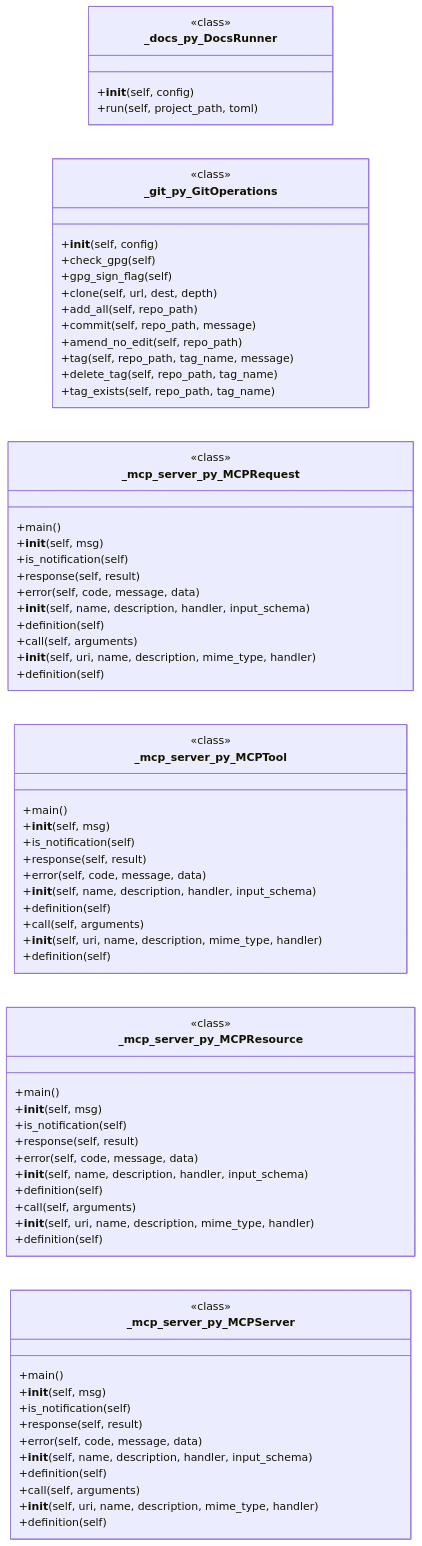
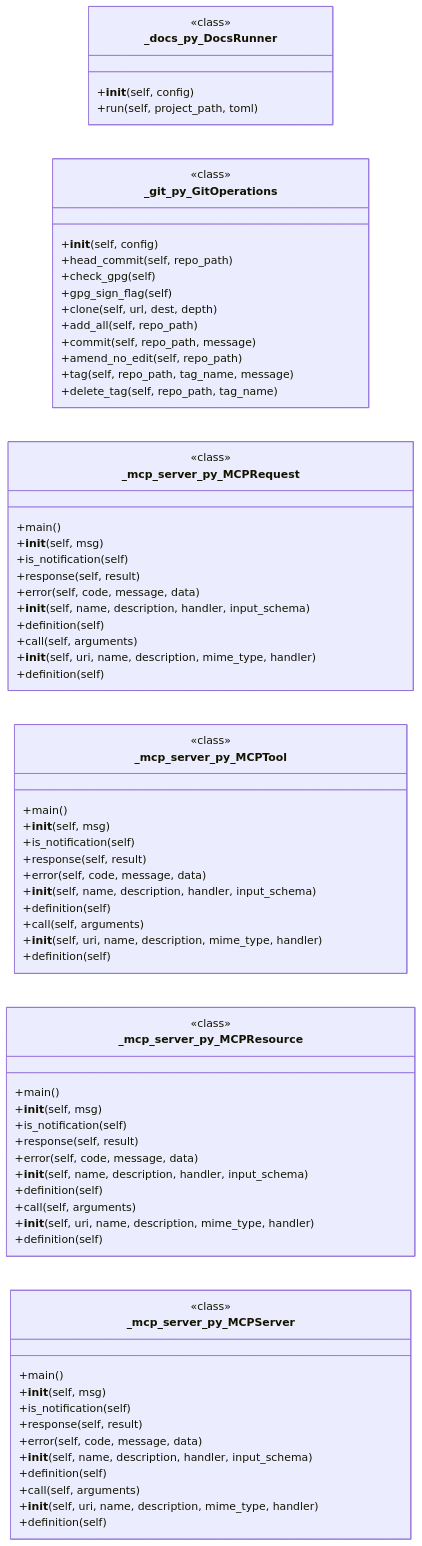
Before and after one commit to grisuno/deploynator: diagram 12 of 19 in readmenator-maps/md/KNOWLEDGE_BASE.md, drawn with Mermaid. The commit also changed other lines of this file and 137 other files, not shown here.

````diff
--- a/readmenator-maps/md/KNOWLEDGE_BASE.md
+++ b/readmenator-maps/md/KNOWLEDGE_BASE.md
@@ -1437,74 +1448,74 @@
 ```mermaid
 classDiagram
   direction LR
   class _docs_py_DocsRunner {
     <<class>>
     +__init__(self, config)
     +run(self, project_path, toml)
   }
   class _git_py_GitOperations {
     <<class>>
     +__init__(self, config)
+    +head_commit(self, repo_path)
     +check_gpg(self)
     +gpg_sign_flag(self)
     +clone(self, url, dest, depth)
     +add_all(self, repo_path)
     +commit(self, repo_path, message)
     +amend_no_edit(self, repo_path)
     +tag(self, repo_path, tag_name, message)
     +delete_tag(self, repo_path, tag_name)
-    +tag_exists(self, repo_path, tag_name)
   }
   class _mcp_server_py_MCPRequest {
     <<class>>
     +main()
     +__init__(self, msg)
     +is_notification(self)
     +response(self, result)
     +error(self, code, message, data)
     +__init__(self, name, description, handler, input_schema)
     +definition(self)
     +call(self, arguments)
     +__init__(self, uri, name, description, mime_type, handler)
     +definition(self)
   }
   class _mcp_server_py_MCPTool {
     <<class>>
     +main()
     +__init__(self, msg)
     +is_notification(self)
     +response(self, result)
     +error(self, code, message, data)
     +__init__(self, name, description, handler, input_schema)
     +definition(self)
     +call(self, arguments)
     +__init__(self, uri, name, description, mime_type, handler)
     +definition(self)
   }
   class _mcp_server_py_MCPResource {
     <<class>>
     +main()
     +__init__(self, msg)
     +is_notification(self)
     +response(self, result)
     +error(self, code, message, data)
     +__init__(self, name, description, handler, input_schema)
     +definition(self)
     +call(self, arguments)
     +__init__(self, uri, name, description, mime_type, handler)
     +definition(self)
   }
   class _mcp_server_py_MCPServer {
     <<class>>
     +main()
     +__init__(self, msg)
     +is_notification(self)
     +response(self, result)
     +error(self, code, message, data)
     +__init__(self, name, description, handler, input_schema)
     +definition(self)
     +call(self, arguments)
     +__init__(self, uri, name, description, mime_type, handler)
     +definition(self)
   }
 ```
````
